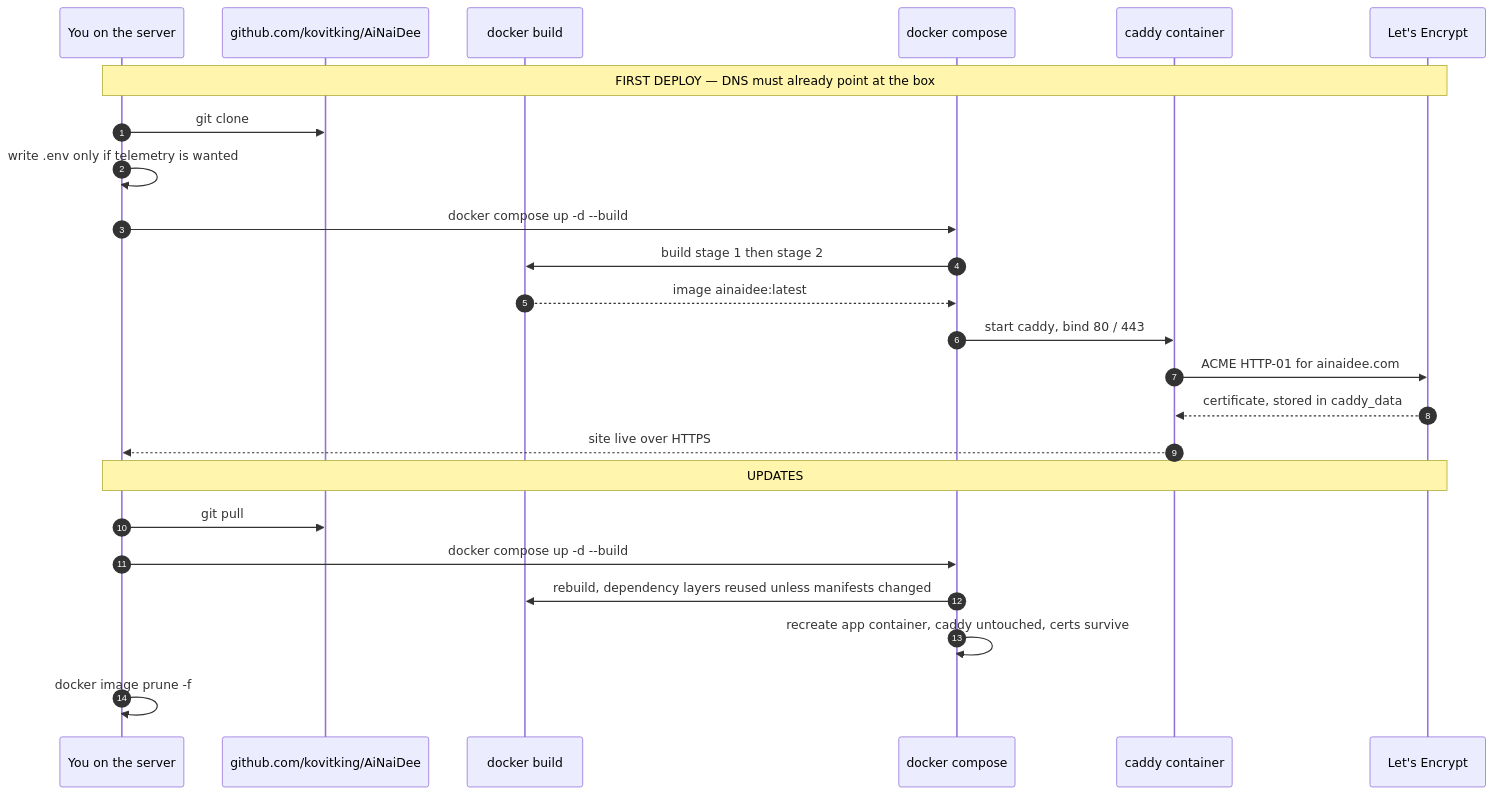
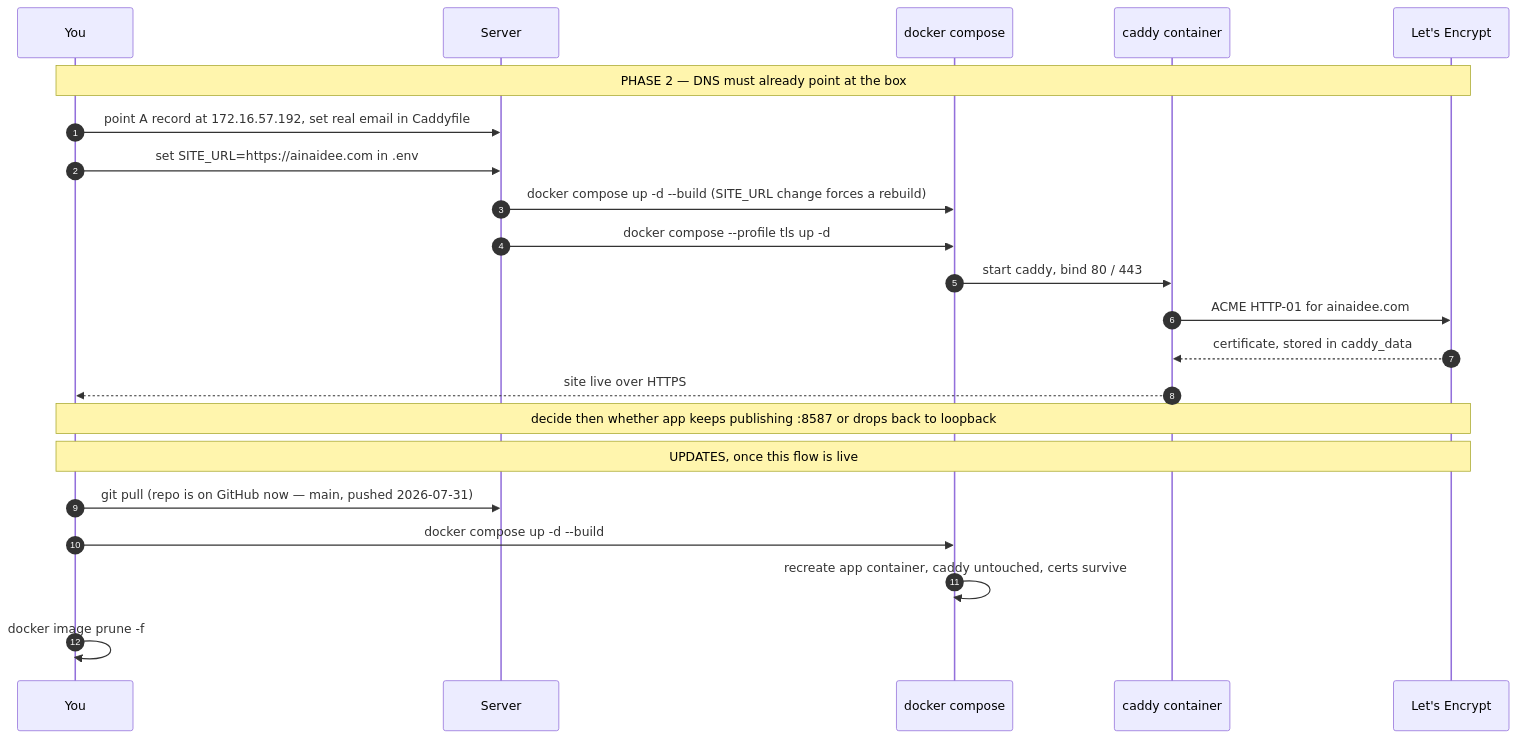
The fifth of 5 diagrams in docs/deploy-architecture.md (kovitking/AiNaiDee), drawn with Mermaid before and after one commit. The commit also changed other lines of this file and 13 other files, not shown here.

First line of the commit message:
feat(blog): scaffold headless Ghost + Astro blog, sync deploy docs to phase 1

````diff
--- a/docs/deploy-architecture.md
+++ b/docs/deploy-architecture.md
@@ -141,28 +189,26 @@
 ```mermaid
 sequenceDiagram
     autonumber
-    participant Dev as You on the server
-    participant Git as github.com/kovitking/AiNaiDee
-    participant BK as docker build
+    participant Dev as You
+    participant Srv as Server
     participant DC as docker compose
     participant CD as caddy container
     participant LE as Let's Encrypt
 
-    Note over Dev,LE: FIRST DEPLOY — DNS must already point at the box
-    Dev->>Git: git clone
-    Dev->>Dev: write .env only if telemetry is wanted
-    Dev->>DC: docker compose up -d --build
-    DC->>BK: build stage 1 then stage 2
-    BK-->>DC: image ainaidee:latest
+    Note over Dev,LE: PHASE 2 — DNS must already point at the box
+    Dev->>Srv: point A record at 172.16.57.192, set real email in Caddyfile
+    Dev->>Srv: set SITE_URL=https://ainaidee.com in .env
+    Srv->>DC: docker compose up -d --build (SITE_URL change forces a rebuild)
+    Srv->>DC: docker compose --profile tls up -d
     DC->>CD: start caddy, bind 80 / 443
     CD->>LE: ACME HTTP-01 for ainaidee.com
     LE-->>CD: certificate, stored in caddy_data
     CD-->>Dev: site live over HTTPS
+    Note over Dev,LE: decide then whether app keeps publishing :8587 or drops back to loopback
 
-    Note over Dev,LE: UPDATES
-    Dev->>Git: git pull
+    Note over Dev,LE: UPDATES, once this flow is live
+    Dev->>Srv: git pull (repo is on GitHub now — main, pushed 2026-07-31)
     Dev->>DC: docker compose up -d --build
-    DC->>BK: rebuild, dependency layers reused unless manifests changed
     DC->>DC: recreate app container, caddy untouched, certs survive
     Dev->>Dev: docker image prune -f
 ```
````
